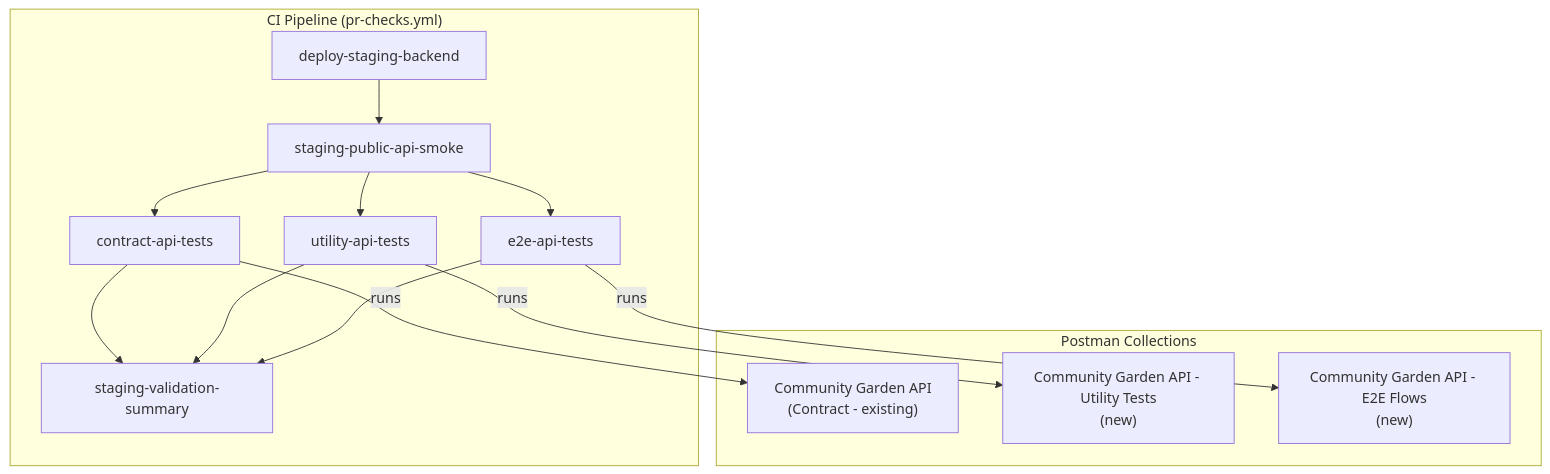
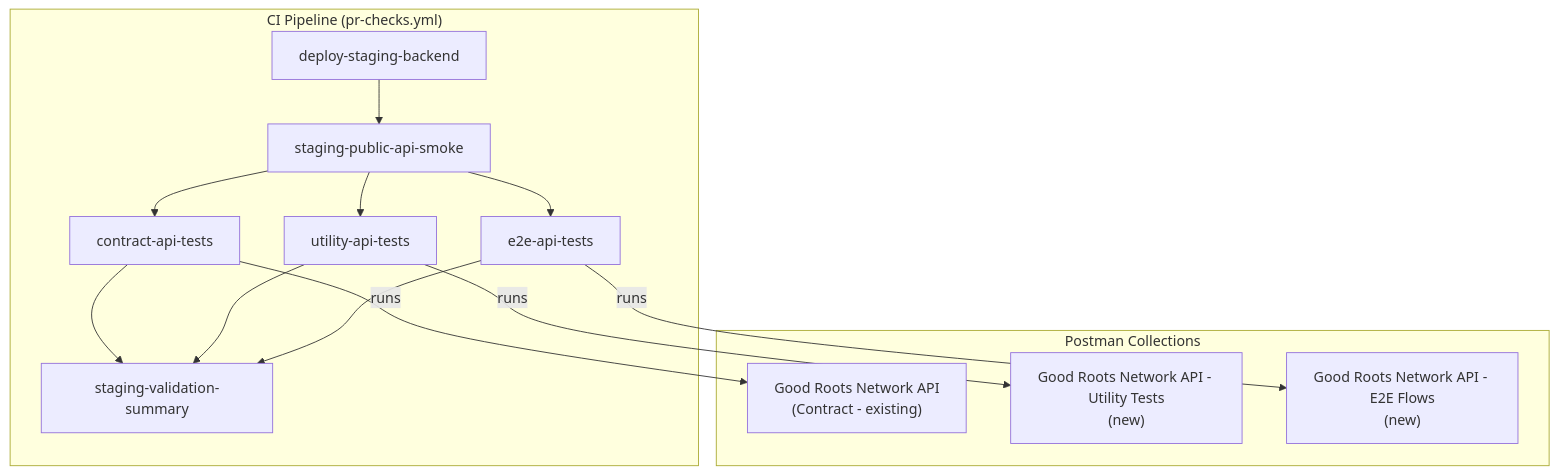
The first of 2 diagrams in .kiro/specs/postman-e2e-coverage/design.md (allenheltondev/olivias-garden-foundation), drawn with Mermaid before and after one commit. The commit also changed other lines of this file and 525 other files, not shown here.

````diff
--- a/.kiro/specs/postman-e2e-coverage/design.md
+++ b/.kiro/specs/postman-e2e-coverage/design.md
@@ -18,22 +18,22 @@
 ```mermaid
 graph TD
     subgraph "CI Pipeline (pr-checks.yml)"
         DEPLOY[deploy-staging-backend] --> SMOKE[staging-public-api-smoke]
         SMOKE --> CONTRACT[contract-api-tests]
         SMOKE --> UTILITY[utility-api-tests]
         SMOKE --> E2E[e2e-api-tests]
         CONTRACT --> SUMMARY[staging-validation-summary]
         UTILITY --> SUMMARY
         E2E --> SUMMARY
     end
 
     subgraph "Postman Collections"
-        C1["Community Garden API<br/>(Contract - existing)"]
-        C2["Community Garden API - Utility Tests<br/>(new)"]
-        C3["Community Garden API - E2E Flows<br/>(new)"]
+        C1["Good Roots Network API<br/>(Contract - existing)"]
+        C2["Good Roots Network API - Utility Tests<br/>(new)"]
+        C3["Good Roots Network API - E2E Flows<br/>(new)"]
     end
 
     CONTRACT -->|runs| C1
     UTILITY -->|runs| C2
     E2E -->|runs| C3
 ```
````
